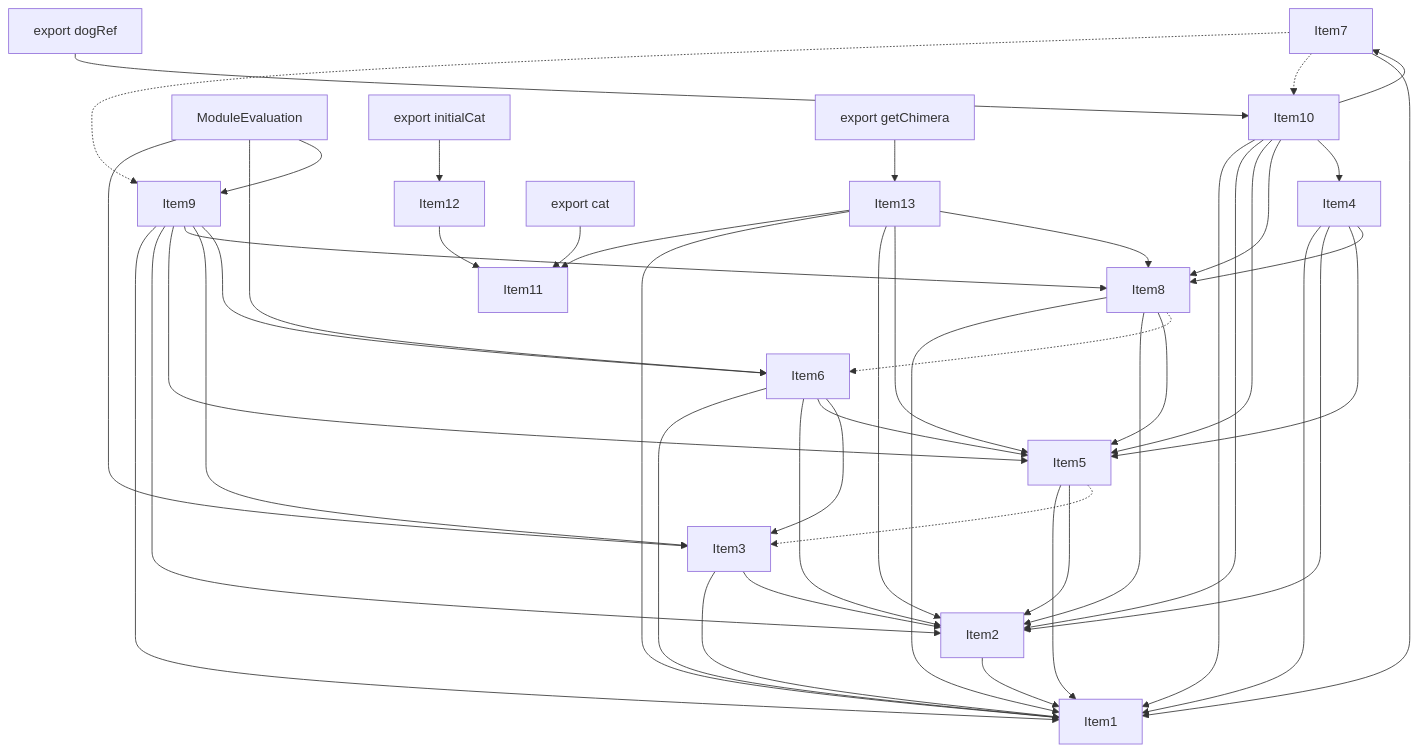
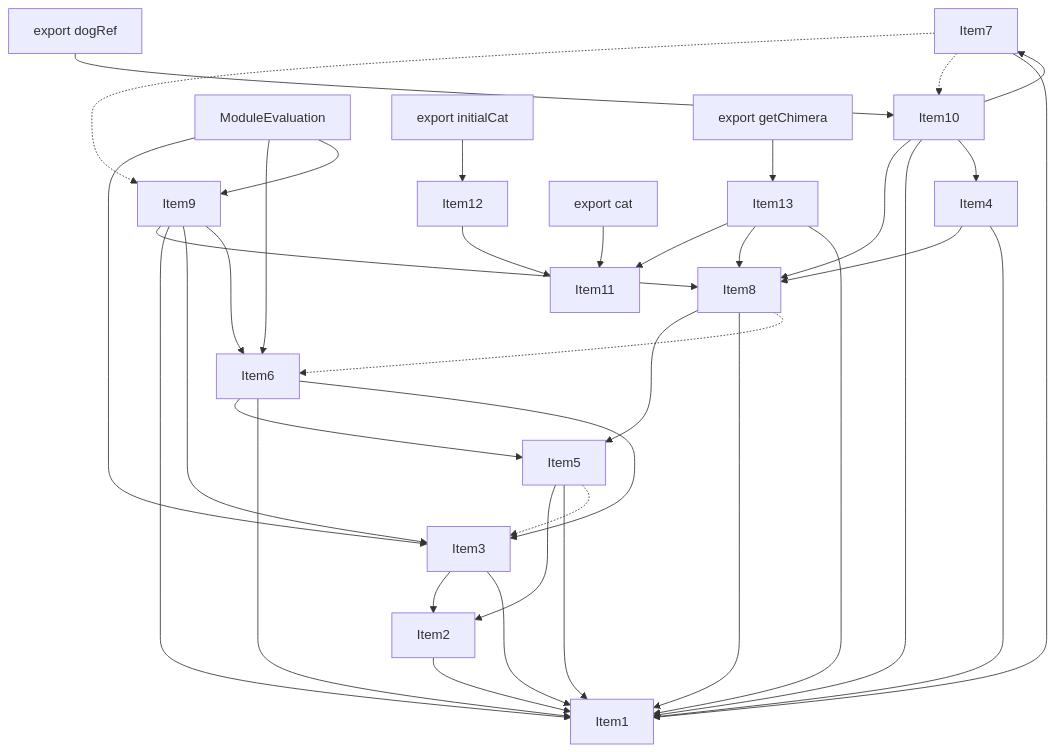
Before and after one commit to vercel/turborepo: the fourth of 5 diagrams in crates/turbopack-ecmascript/tests/tree-shaker/analyzer/complex/output.md, drawn with Mermaid. The commit also changed other lines of this file and 32 other files, not shown here.

````diff
--- a/crates/turbopack-ecmascript/tests/tree-shaker/analyzer/complex/output.md
+++ b/crates/turbopack-ecmascript/tests/tree-shaker/analyzer/complex/output.md
@@ -309,72 +293,62 @@
 ```mermaid
 graph TD
     Item1;
     Item2;
     Item3;
     Item4;
     Item5;
     Item6;
     Item7;
     Item8;
     Item9;
     Item10;
     Item11;
     Item12;
     Item13;
     Item14;
     Item14["ModuleEvaluation"];
     Item15;
     Item15["export dogRef"];
     Item16;
     Item16["export cat"];
     Item17;
     Item17["export initialCat"];
     Item18;
     Item18["export getChimera"];
     Item2 --> Item1;
+    Item3 --> Item2;
     Item3 --> Item1;
-    Item3 --> Item2;
+    Item5 --> Item2;
     Item5 --> Item1;
-    Item5 --> Item2;
     Item5 -.-> Item3;
+    Item6 --> Item5;
     Item6 --> Item1;
-    Item6 --> Item2;
-    Item6 --> Item5;
     Item6 --> Item3;
+    Item8 --> Item5;
     Item8 --> Item1;
-    Item8 --> Item2;
-    Item8 --> Item5;
     Item8 -.-> Item6;
+    Item9 --> Item8;
     Item9 --> Item1;
-    Item9 --> Item2;
-    Item9 --> Item5;
-    Item9 --> Item8;
     Item9 --> Item3;
     Item9 --> Item6;
+    Item10 --> Item8;
     Item10 --> Item1;
-    Item10 --> Item2;
-    Item10 --> Item5;
-    Item10 --> Item8;
     Item10 --> Item4;
     Item10 --> Item7;
     Item12 --> Item11;
     Item15 --> Item10;
     Item16 --> Item11;
     Item17 --> Item12;
     Item18 --> Item13;
+    Item4 --> Item8;
     Item4 --> Item1;
-    Item4 --> Item2;
-    Item4 --> Item5;
-    Item4 --> Item8;
     Item7 -.-> Item9;
     Item7 -.-> Item10;
     Item7 --> Item1;
     Item13 --> Item11;
+    Item13 --> Item8;
     Item13 --> Item1;
-    Item13 --> Item2;
-    Item13 --> Item5;
-    Item13 --> Item8;
     Item14 --> Item3;
     Item14 --> Item6;
     Item14 --> Item9;
 ```
````
